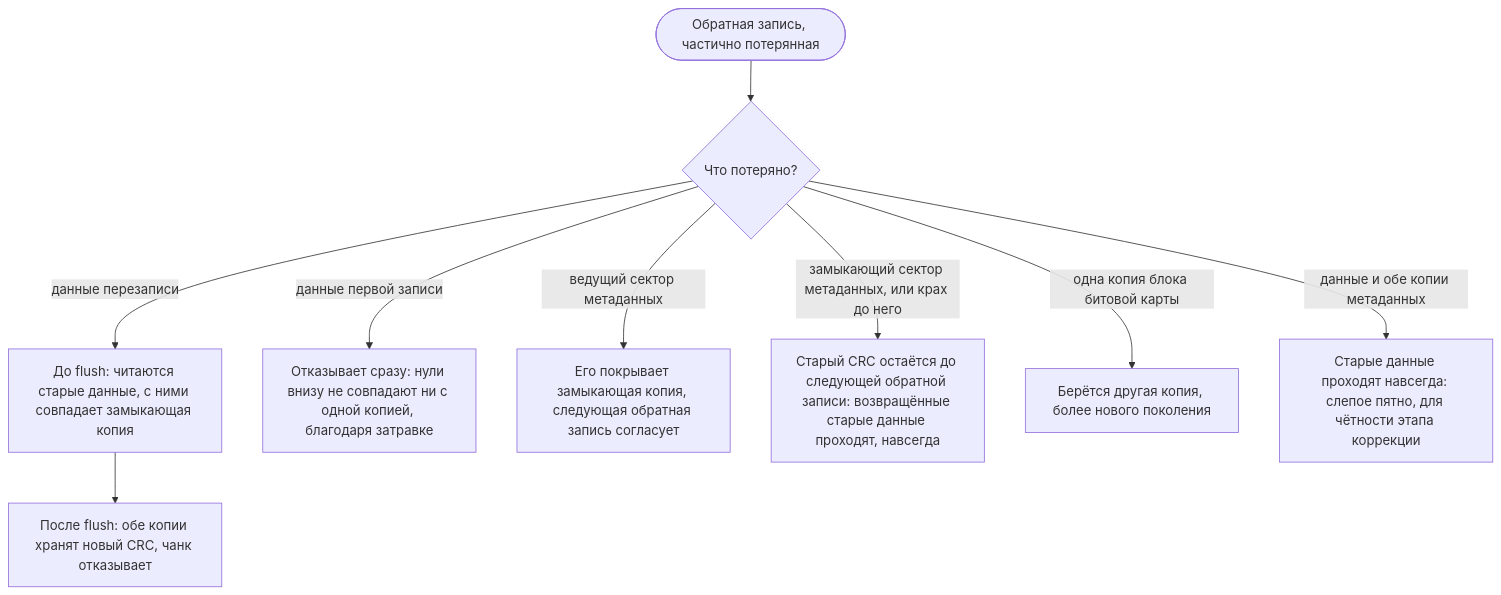
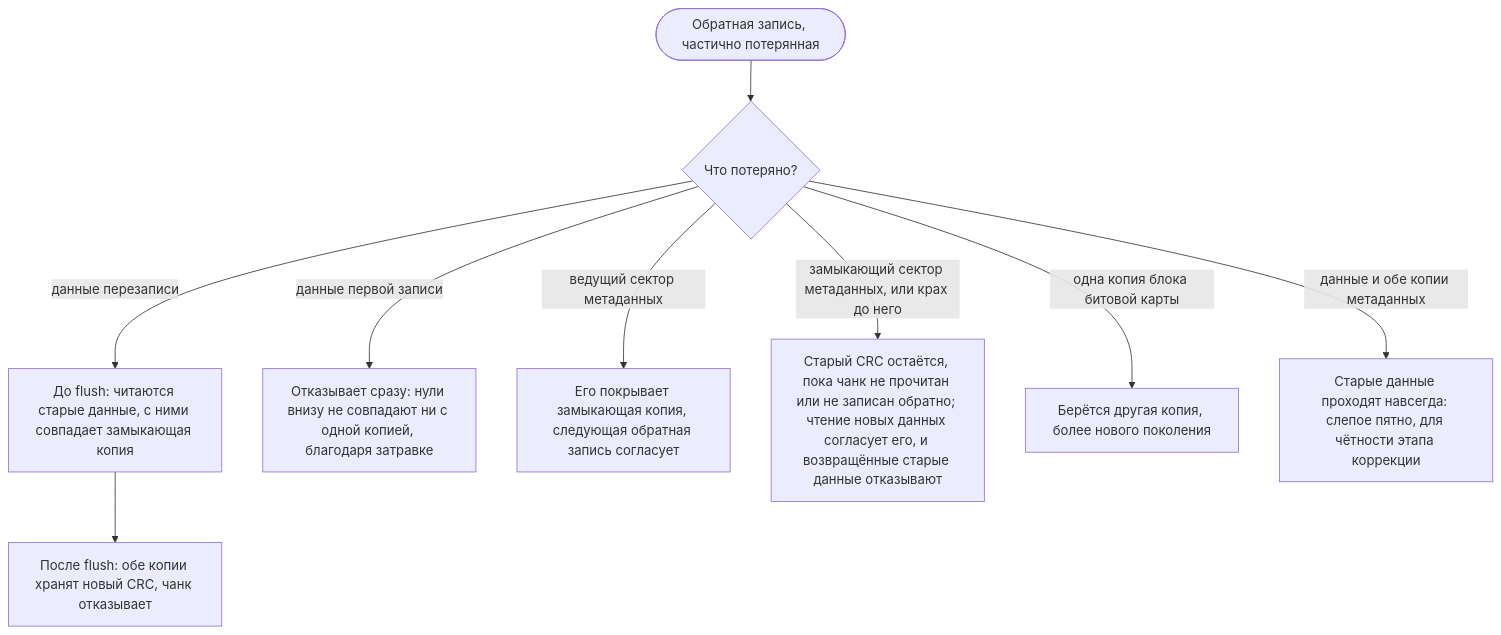
One commit to Dx-by-Dy/Automatic-Error-Correction-Driver changed diagram 16 of 20 in docs/ru/DIAGRAMS.md. Above: the diagram before and after it, drawn with Mermaid. The commit also changed other lines of this file and 21 other files, not shown here.

````diff
--- a/docs/ru/DIAGRAMS.md
+++ b/docs/ru/DIAGRAMS.md
@@ -429,11 +434,11 @@
 ```mermaid
 flowchart TD
     lost(["Обратная запись, частично потерянная"]) --> what{"Что потеряно?"}
     what -- "данные перезаписи" --> a1["До flush: читаются старые данные, с ними совпадает замыкающая копия"]
     a1 --> a2["После flush: обе копии хранят новый CRC, чанк отказывает"]
     what -- "данные первой записи" --> b1["Отказывает сразу: нули внизу не совпадают ни с одной копией, благодаря затравке"]
     what -- "ведущий сектор метаданных" --> c1["Его покрывает замыкающая копия, следующая обратная запись согласует"]
-    what -- "замыкающий сектор метаданных, или крах до него" --> t1["Старый CRC остаётся до следующей обратной записи: возвращённые старые данные проходят, навсегда"]
+    what -- "замыкающий сектор метаданных, или крах до него" --> t1["Старый CRC остаётся, пока чанк не прочитан или не записан обратно; чтение новых данных согласует его, и возвращённые старые данные отказывают"]
     what -- "одна копия блока битовой карты" --> d1["Берётся другая копия, более нового поколения"]
     what -- "данные и обе копии метаданных" --> e1["Старые данные проходят навсегда: слепое пятно, для чётности этапа коррекции"]
 ```
````
